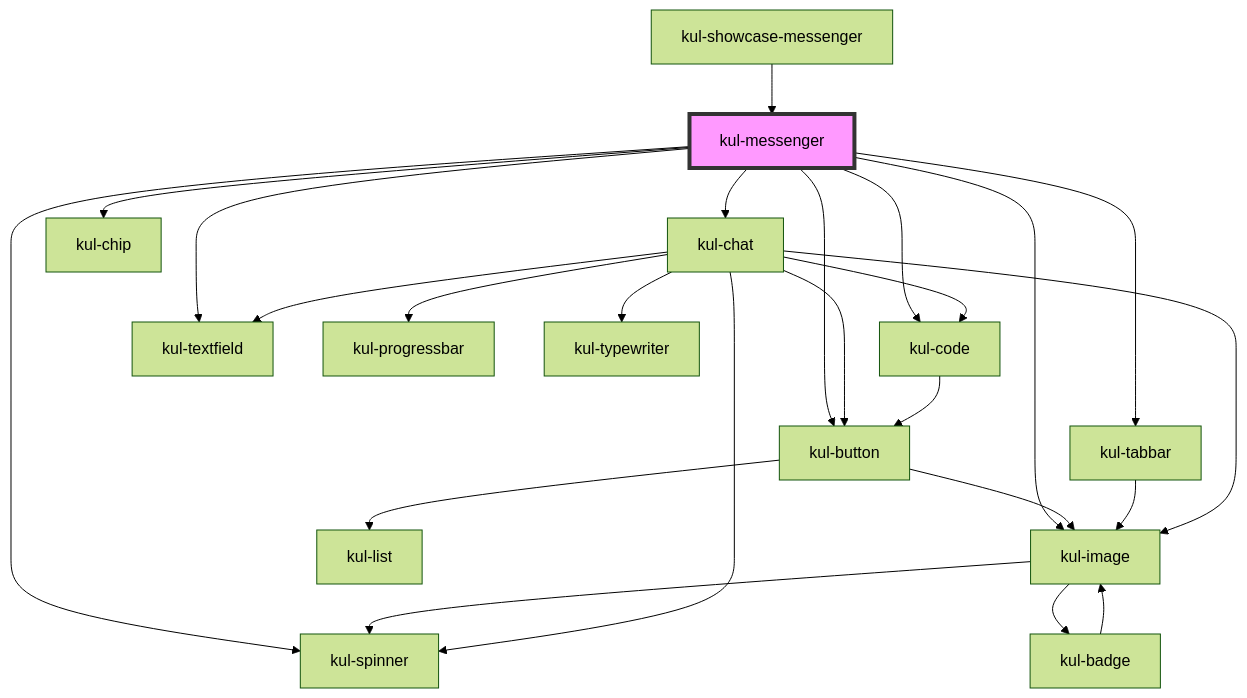
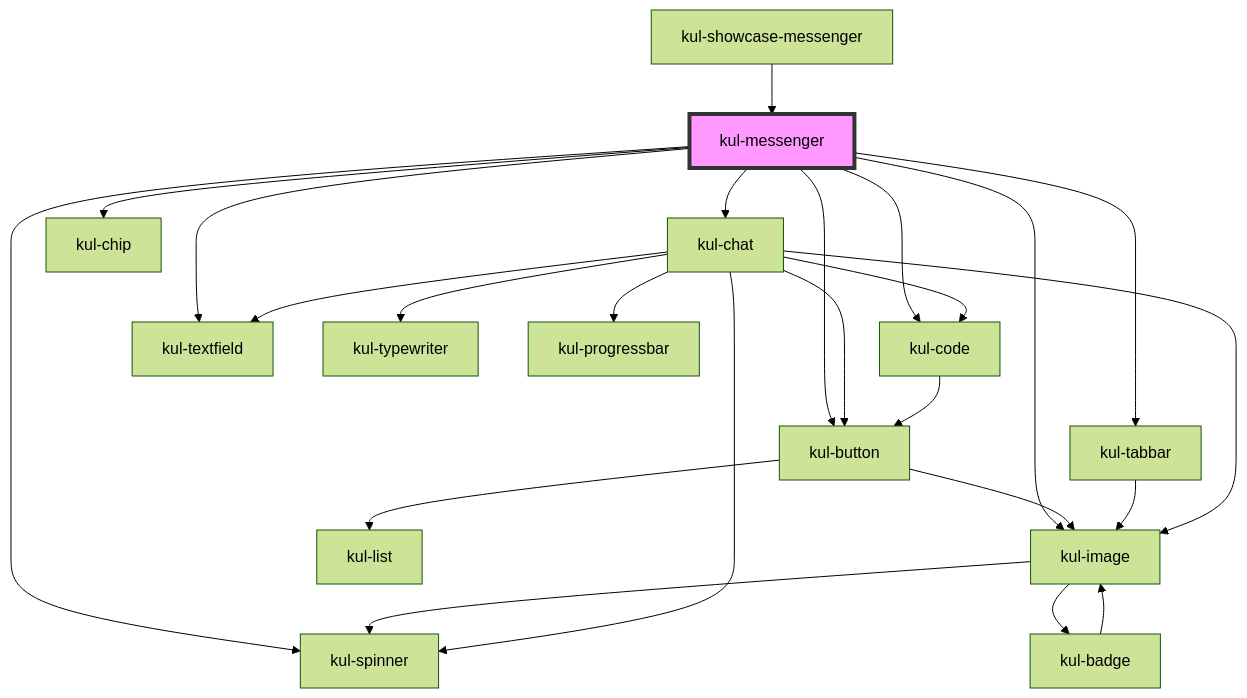
The diagram in packages/ketchup-lite/src/components/kul-messenger/readme.md (lucafoscili/ketchup-lite), drawn with Mermaid (forest theme) before and after one commit. The commit also changed other lines of this file and 58 other files, not shown here.

````diff
--- a/packages/ketchup-lite/src/components/kul-messenger/readme.md
+++ b/packages/ketchup-lite/src/components/kul-messenger/readme.md
@@ -126,27 +126,27 @@
 ```mermaid
 graph TD;
   kul-messenger --> kul-button
   kul-messenger --> kul-tabbar
   kul-messenger --> kul-chat
   kul-messenger --> kul-image
   kul-messenger --> kul-spinner
   kul-messenger --> kul-code
   kul-messenger --> kul-chip
   kul-messenger --> kul-textfield
   kul-button --> kul-image
   kul-button --> kul-list
   kul-image --> kul-spinner
   kul-image --> kul-badge
   kul-badge --> kul-image
   kul-tabbar --> kul-image
   kul-chat --> kul-spinner
+  kul-chat --> kul-typewriter
+  kul-chat --> kul-code
   kul-chat --> kul-image
   kul-chat --> kul-button
+  kul-chat --> kul-progressbar
   kul-chat --> kul-textfield
-  kul-chat --> kul-progressbar
-  kul-chat --> kul-typewriter
-  kul-chat --> kul-code
   kul-code --> kul-button
   kul-showcase-messenger --> kul-messenger
   style kul-messenger fill:#f9f,stroke:#333,stroke-width:4px
 ```
````
